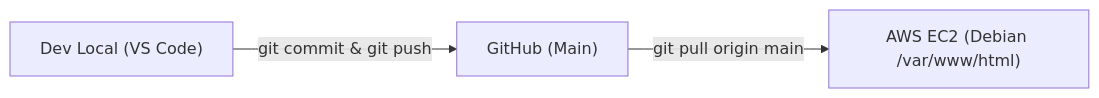
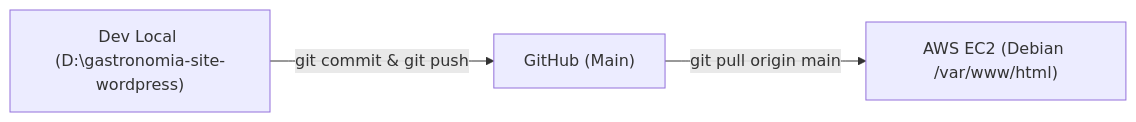
One commit to robertoatila/gastronomia-site-wordpress changed the diagram in README.md. Above: the diagram before and after it, drawn with Mermaid. The commit also changed other lines of this file and 9 other files, not shown here.

````diff
--- a/README.md
+++ b/README.md
@@ -166,5 +126,5 @@
 ```mermaid
 flowchart LR
-    A["Dev Local (VS Code)"] -->|"git commit & git push"| B["GitHub (Main)"]
+    A["Dev Local (D:\gastronomia-site-wordpress)"] -->|"git commit & git push"| B["GitHub (Main)"]
     B -->|"git pull origin main"| C["AWS EC2 (Debian /var/www/html)"]
 ```
````
